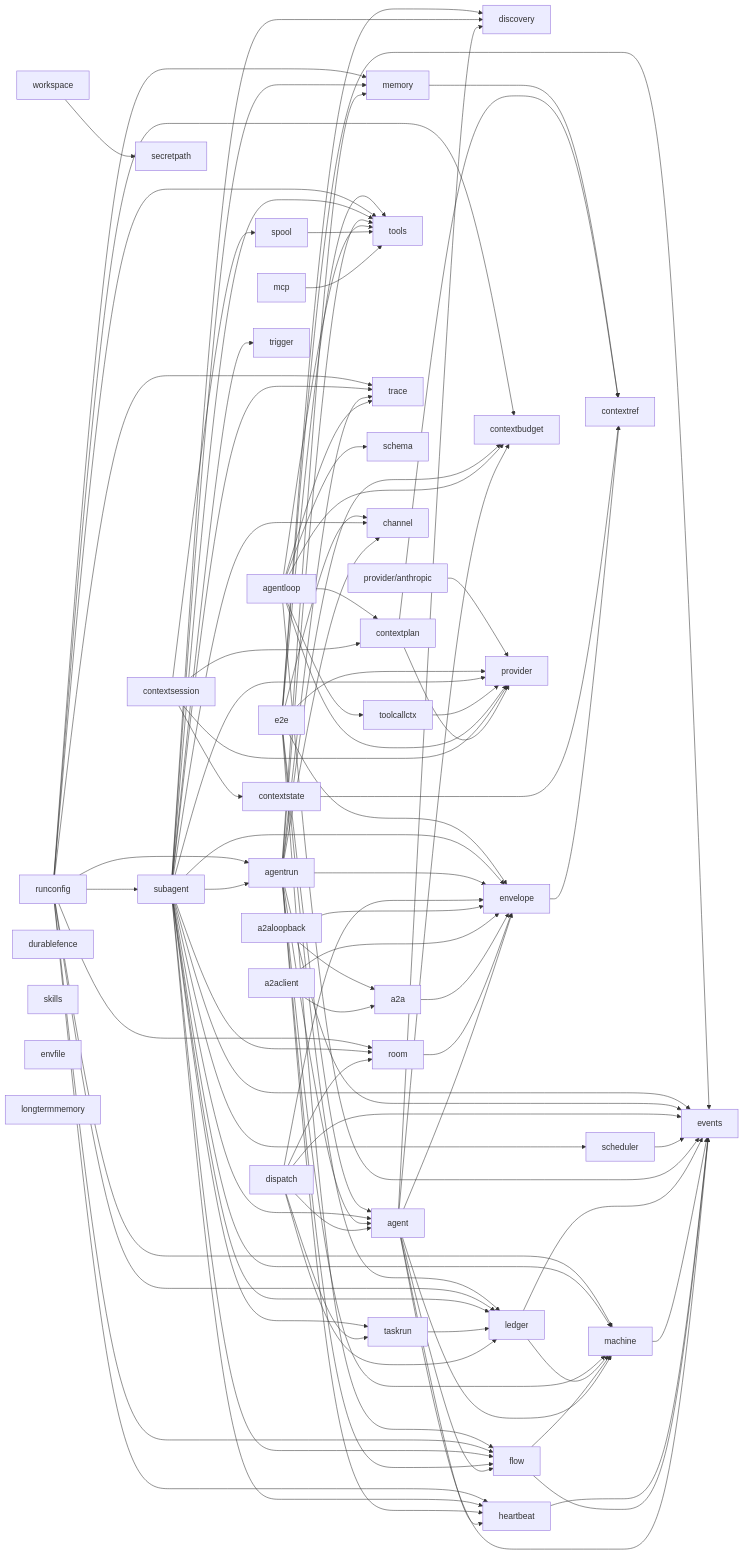
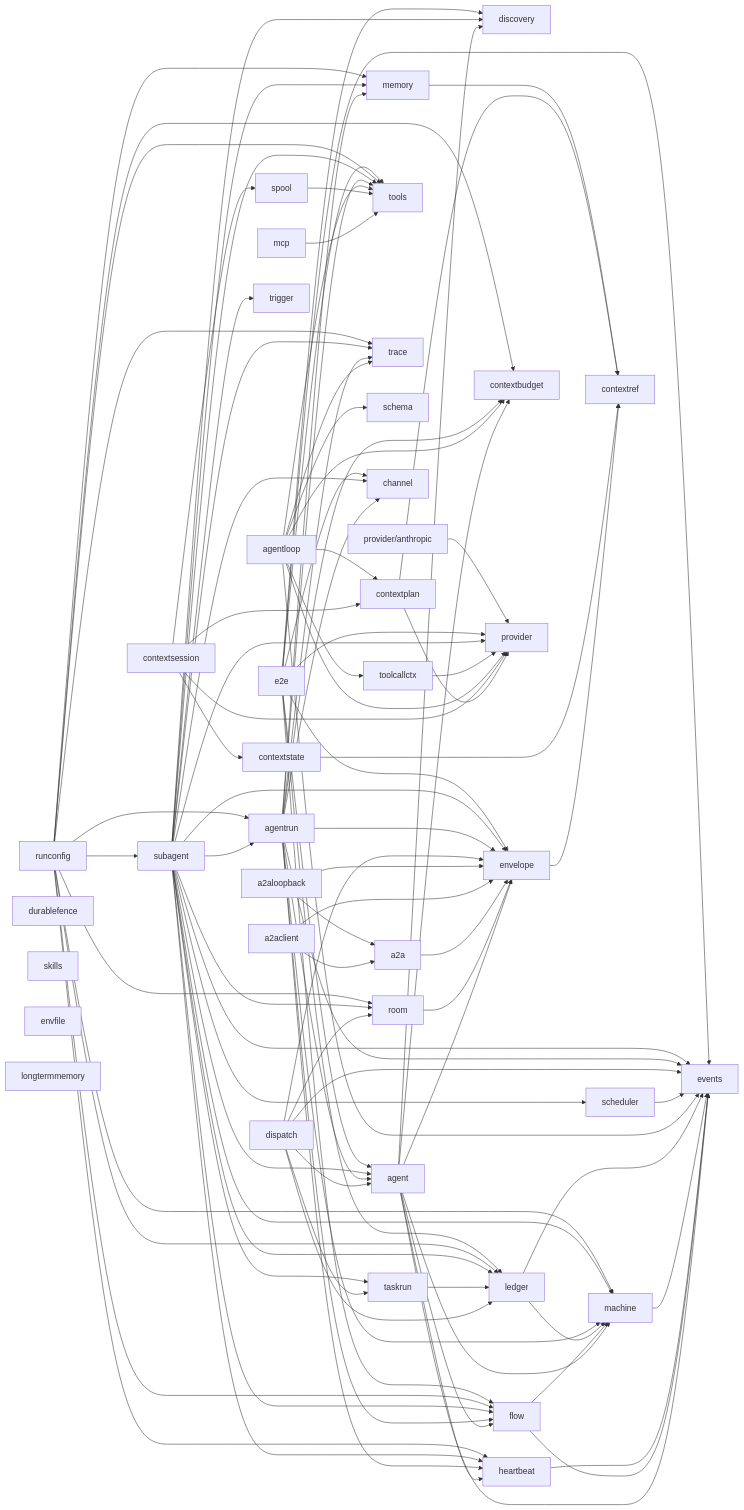
One commit to MiviaLabs/mivia-ai-sdk changed the first of 2 diagrams in docs/architecture.md. Above: the diagram before and after it, drawn with Mermaid. The commit also changed other lines of this file and 12 other files, not shown here.

First line of the commit message:
feat(workspace): fold secretpath into workspace

```diff
--- a/docs/architecture.md
+++ b/docs/architecture.md
@@ -112,7 +112,6 @@
     subagent --> tools
     subagent --> trace
     subagent --> trigger
-    workspace --> secretpath
     runconfig --> agentrun
     runconfig --> contextbudget
     runconfig --> flow
```
